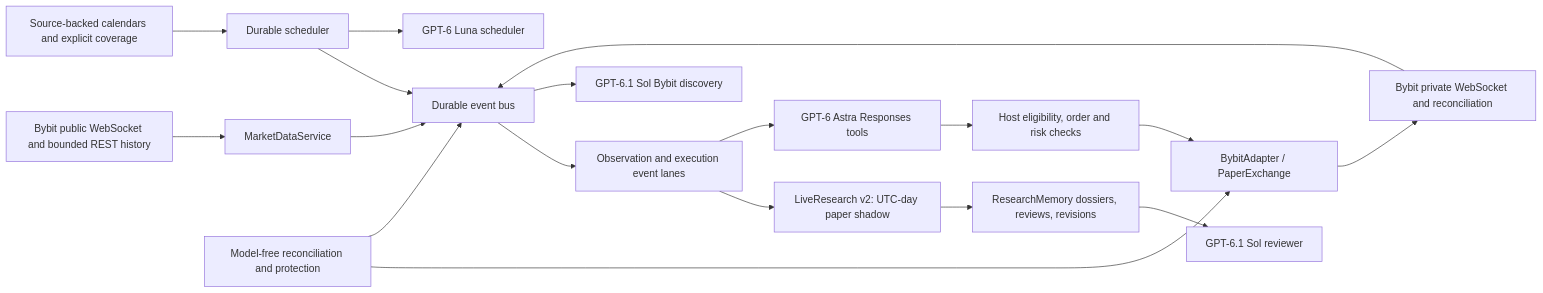
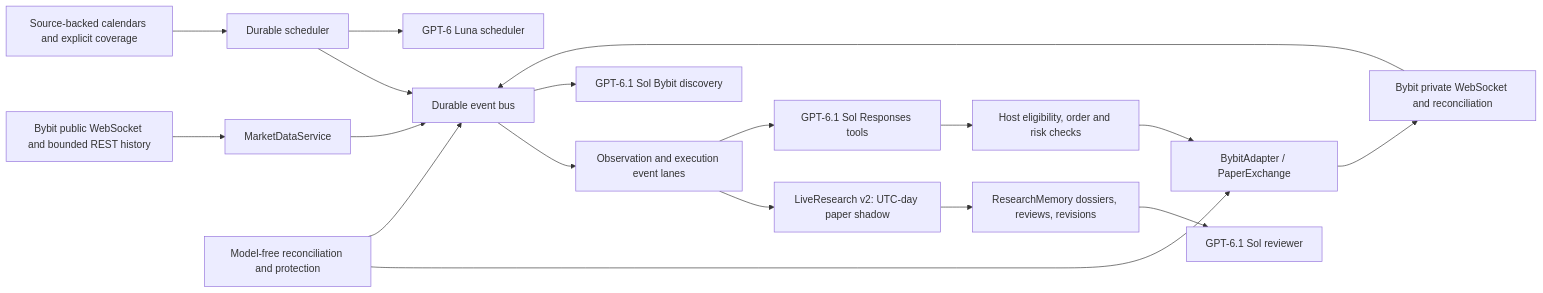
One commit to justmycode37/Prism changed the second of 2 diagrams in docs/Architecture.md. Above: the diagram before and after it, drawn with Mermaid. The commit also changed other lines of this file and 30 other files, not shown here.

````diff
--- a/docs/Architecture.md
+++ b/docs/Architecture.md
@@ -53,20 +53,20 @@
 ```mermaid
 flowchart LR
     PUB[Bybit public WebSocket and bounded REST history] --> MD[MarketDataService]
     PRIV[Bybit private WebSocket and reconciliation] --> BUS[Durable event bus]
     MD --> BUS
     CAL[Source-backed calendars and explicit coverage] --> SCH[Durable scheduler]
     BUS --> OBS[Observation and execution event lanes]
     SCH --> BUS
     OBS --> LIVE[LiveResearch v2: UTC-day paper shadow]
     LIVE --> MEM[ResearchMemory dossiers, reviews, revisions]
     MEM --> REV[GPT-6.1 Sol reviewer]
     SCH --> PLAN[GPT-6 Luna scheduler]
     BUS --> DISC[GPT-6.1 Sol Bybit discovery]
-    OBS --> ASTRA[GPT-6 Astra Responses tools]
-    ASTRA --> RISK[Host eligibility, order and risk checks]
+    OBS --> SOL[GPT-6.1 Sol Responses tools]
+    SOL --> RISK[Host eligibility, order and risk checks]
     RISK --> EX[BybitAdapter / PaperExchange]
     EX --> PRIV
     PROTECT[Model-free reconciliation and protection] --> EX
     PROTECT --> BUS
 ```
````
